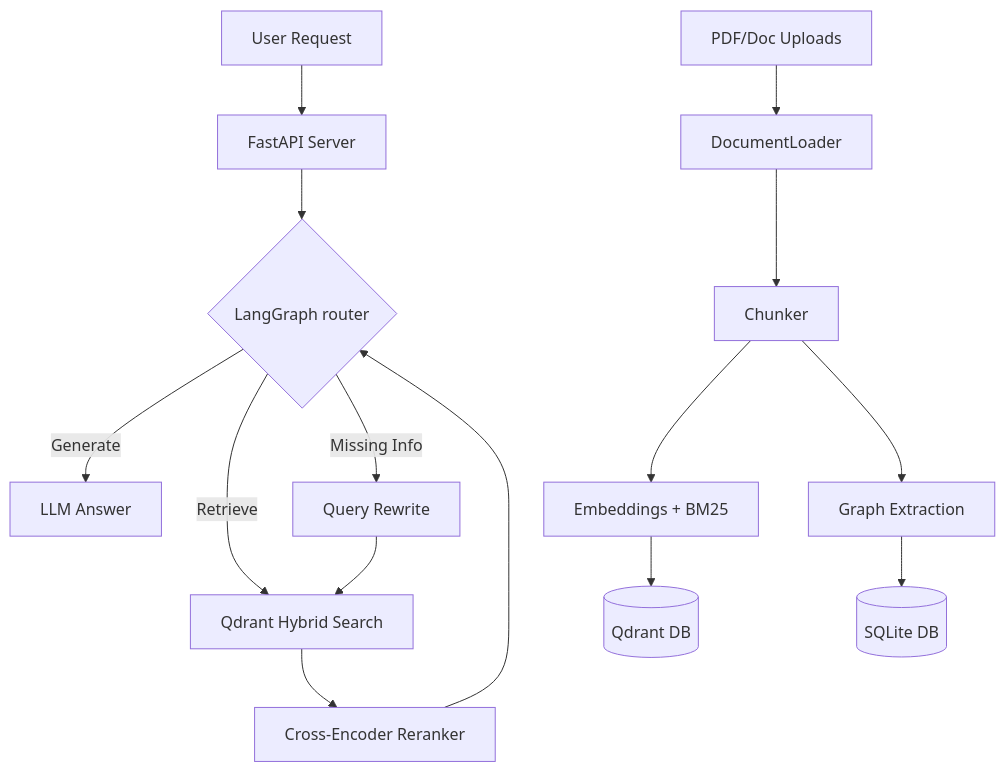
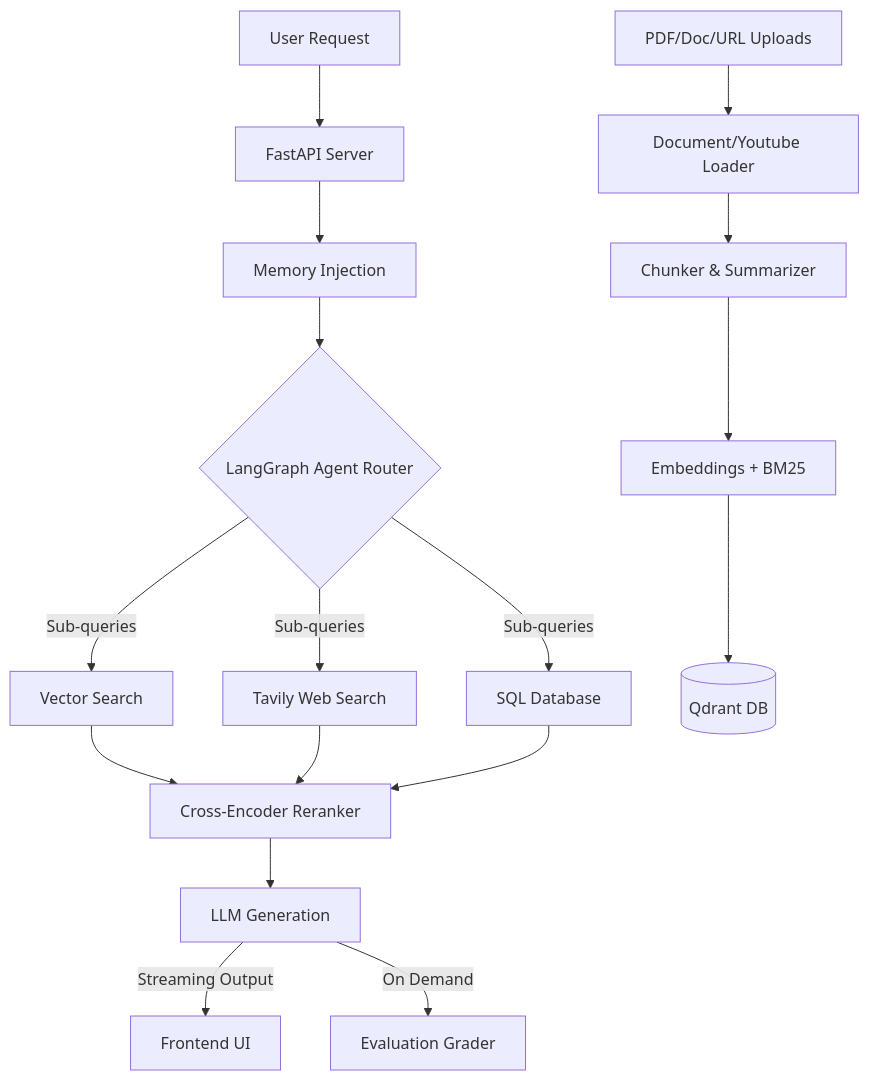
Before and after one commit to tanushbhootra576/TheSuperRAG: the diagram in README.md, drawn with Mermaid. The commit also changed other lines of this file and 14 other files, not shown here.

````diff
--- a/README.md
+++ b/README.md
@@ -17,18 +23,18 @@
 ```mermaid
 graph TD
     A[User Request] --> B[FastAPI Server]
-    B --> C{LangGraph router}
-    C -->|Generate| D[LLM Answer]
-    C -->|Retrieve| E[Qdrant Hybrid Search]
-    E --> F[Cross-Encoder Reranker]
-    F --> C
-    C -->|Missing Info| G[Query Rewrite]
-    G --> E
+    B --> M1[Memory Injection]
+    M1 --> C{LangGraph Agent Router}
+    C -->|Sub-queries| D1[Vector Search]
+    C -->|Sub-queries| D2[Tavily Web Search]
+    C -->|Sub-queries| D3[SQL Database]
+    D1 & D2 & D3 --> E[Cross-Encoder Reranker]
+    E --> F[LLM Generation]
+    F -->|Streaming Output| G[Frontend UI]
+    F -->|On Demand| H[Evaluation Grader]
     
-    H[PDF/Doc Uploads] --> I[DocumentLoader]
-    I --> J[Chunker]
-    J --> K[Embeddings + BM25]
-    K --> L[(Qdrant DB)]
-    J --> M[Graph Extraction]
-    M --> N[(SQLite DB)]
+    I[PDF/Doc/URL Uploads] --> J[Document/Youtube Loader]
+    J --> K[Chunker & Summarizer]
+    K --> L[Embeddings + BM25]
+    L --> M[(Qdrant DB)]
 ```
````
